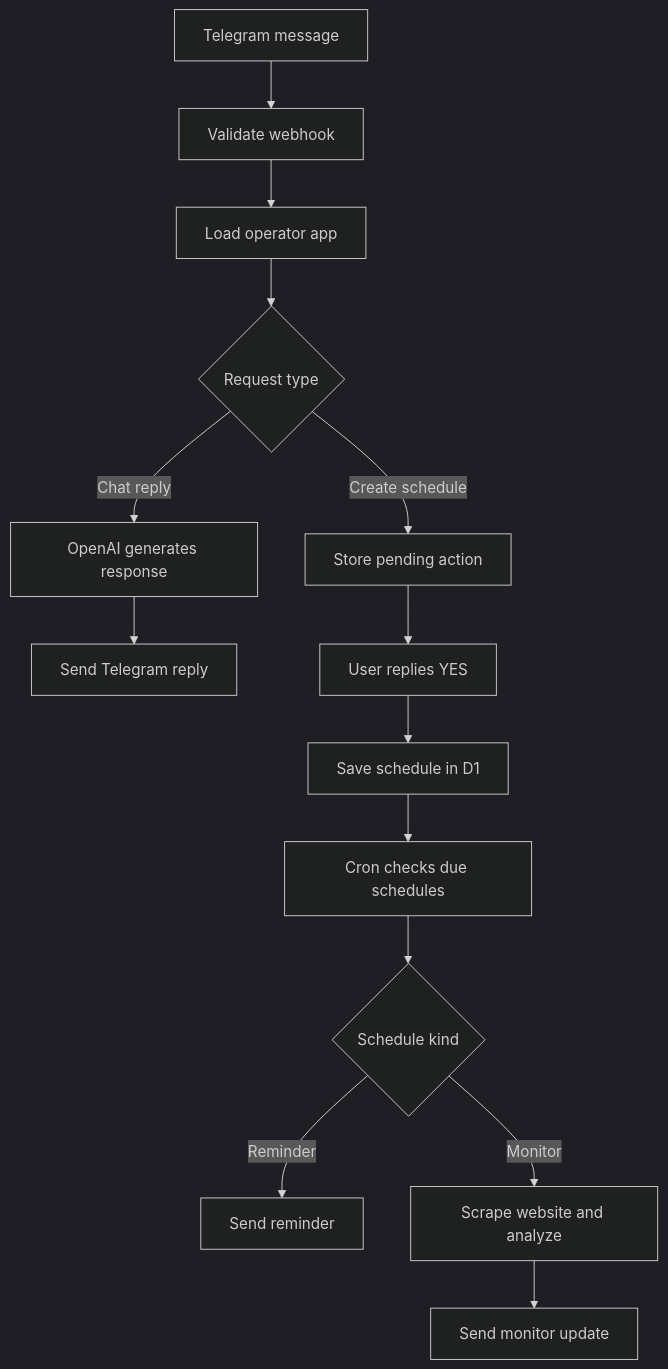
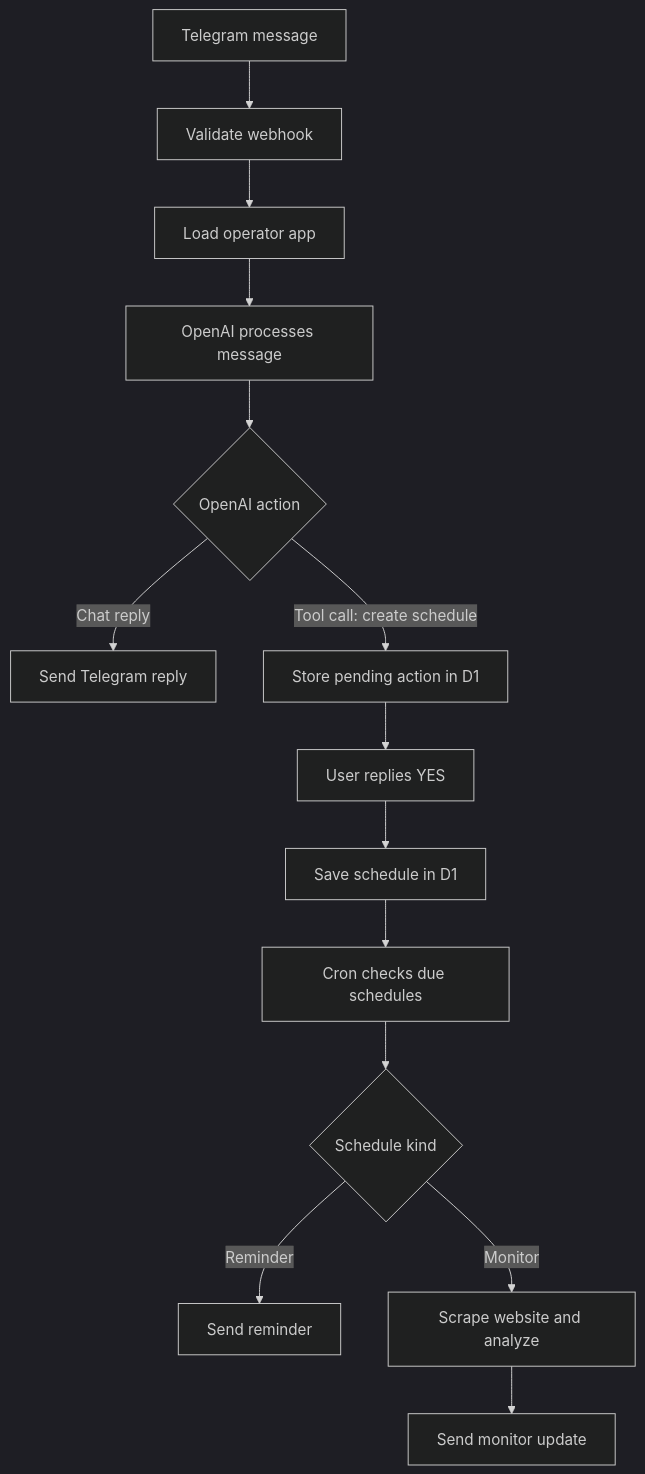
One commit to valuecodes/switch-operator changed the diagram in README.md. Above: the diagram before and after it, drawn with Mermaid (dark theme).

Commit message:
docs: update flowchart to clarify OpenAI message processing steps

````diff
--- a/README.md
+++ b/README.md
@@ -41,16 +41,16 @@
 ```mermaid
 flowchart TD
   A[Telegram message] --> B[Validate webhook]
   B --> C[Load operator app]
-  C --> D{Request type}
-  D -->|Chat reply| E[OpenAI generates response]
-  E --> F[Send Telegram reply]
-  D -->|Create schedule| G[Store pending action]
+  C --> D[OpenAI processes message]
+  D --> E{OpenAI action}
+  E -->|Chat reply| F[Send Telegram reply]
+  E -->|Tool call: create schedule| G[Store pending action in D1]
   G --> H[User replies YES]
   H --> I[Save schedule in D1]
   I --> J[Cron checks due schedules]
   J --> K{Schedule kind}
   K -->|Reminder| L[Send reminder]
   K -->|Monitor| M[Scrape website and analyze]
   M --> N[Send monitor update]
 ```
````
